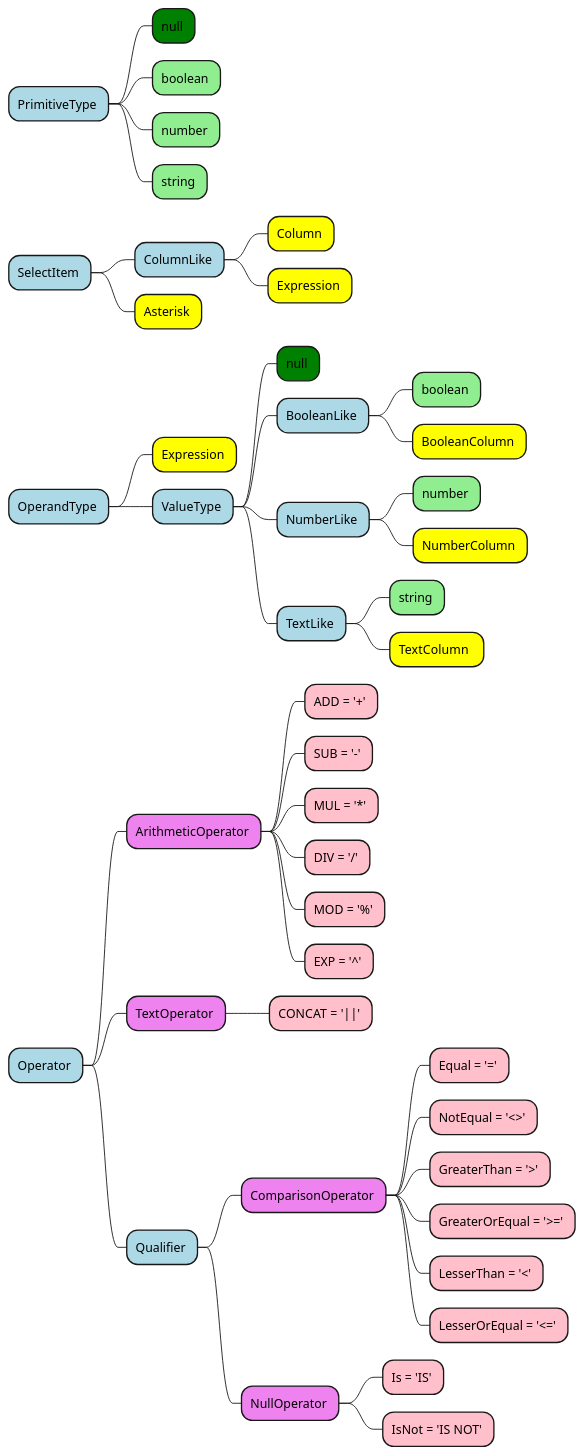
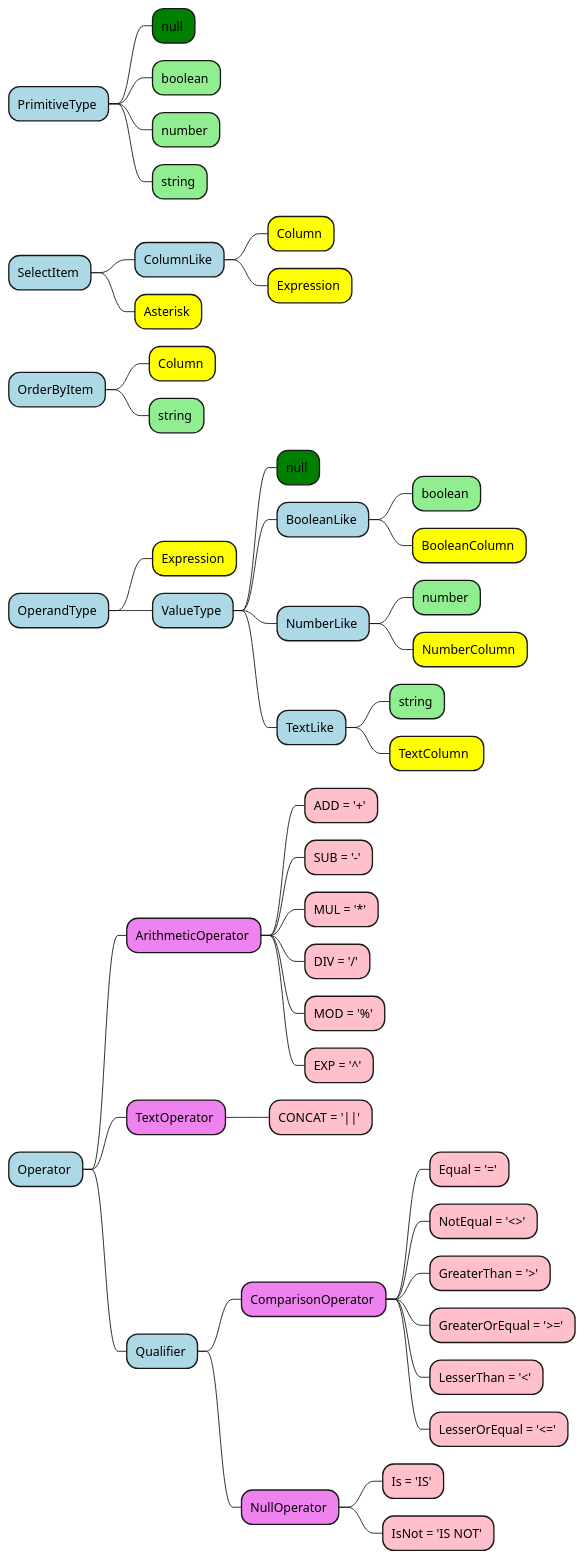
One commit to amerharb/sedk changed the diagram in doc/Types.puml. Above: the diagram before and after it, drawn with PlantUML. The commit also changed 4 other files, not shown here.

```diff
--- a/doc/Types.puml
+++ b/doc/Types.puml
@@ -1,74 +1,78 @@
 @startmindmap
 
 <style>
 mindmapDiagram {
   .primitive {
     BackgroundColor lightgreen
   }
   .type {
     BackgroundColor #lightblue
   }
   .class {
     BackgroundColor #yellow
   }
   .null {
     BackgroundColor #green
   }
   .enum {
     BackgroundColor #violet
   }
   .enumItem {
     BackgroundColor #pink
   }
 }
 </style>
 
 * PrimitiveType <<type>>
 ** null <<null>>
 ** boolean <<primitive>>
 ** number <<primitive>>
 ** string <<primitive>>
 
 * SelectItem <<type>>
 ** ColumnLike <<type>>
 *** Column <<class>>
 *** Expression <<class>>
 ** Asterisk <<class>>
+
+* OrderByItem <<type>>
+** Column <<class>>
+** string <<primitive>>
 
 * OperandType <<type>>
 ** Expression <<class>>
 ** ValueType <<type>>
 *** null <<null>>
 *** BooleanLike <<type>>
 **** boolean <<primitive>>
 **** BooleanColumn <<class>>
 *** NumberLike <<type>>
 **** number <<primitive>>
 **** NumberColumn <<class>>
 *** TextLike <<type>>
 **** string <<primitive>>
 **** TextColumn  <<class>>
 
 * Operator <<type>>
 ** ArithmeticOperator <<enum>>
 *** ADD = '+' <<enumItem>>
 *** SUB = '-' <<enumItem>>
 *** MUL = '*' <<enumItem>>
 *** DIV = '/' <<enumItem>>
 *** MOD = '%' <<enumItem>>
 *** EXP = '^' <<enumItem>>
 ** TextOperator <<enum>>
 *** CONCAT = '||' <<enumItem>>
 ** Qualifier <<type>>
 *** ComparisonOperator <<enum>>
 **** Equal = '=' <<enumItem>>
 **** NotEqual = '<>' <<enumItem>>
 **** GreaterThan = '>' <<enumItem>>
 **** GreaterOrEqual = '>=' <<enumItem>>
 **** LesserThan = '<' <<enumItem>>
 **** LesserOrEqual = '<=' <<enumItem>>
 *** NullOperator <<enum>>
 **** Is = 'IS' <<enumItem>>
 **** IsNot = 'IS NOT' <<enumItem>>
 
 @endmindmap
```
